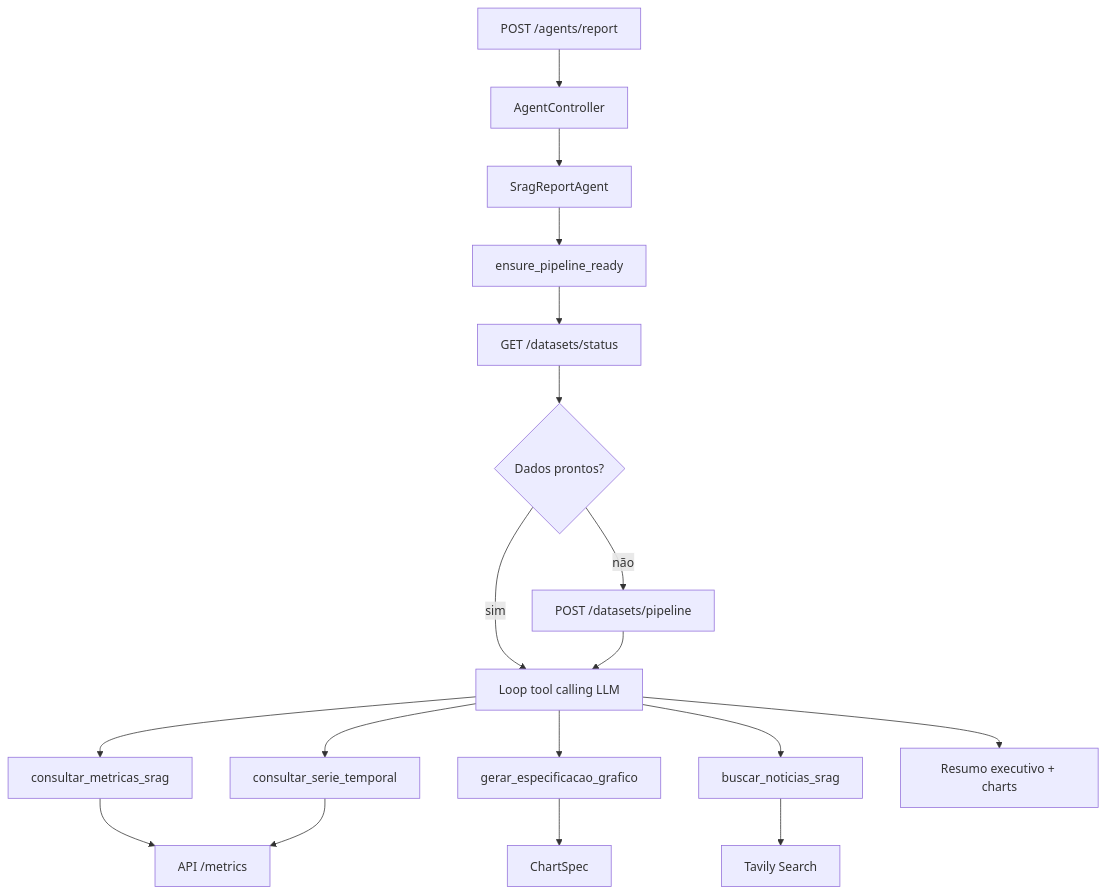
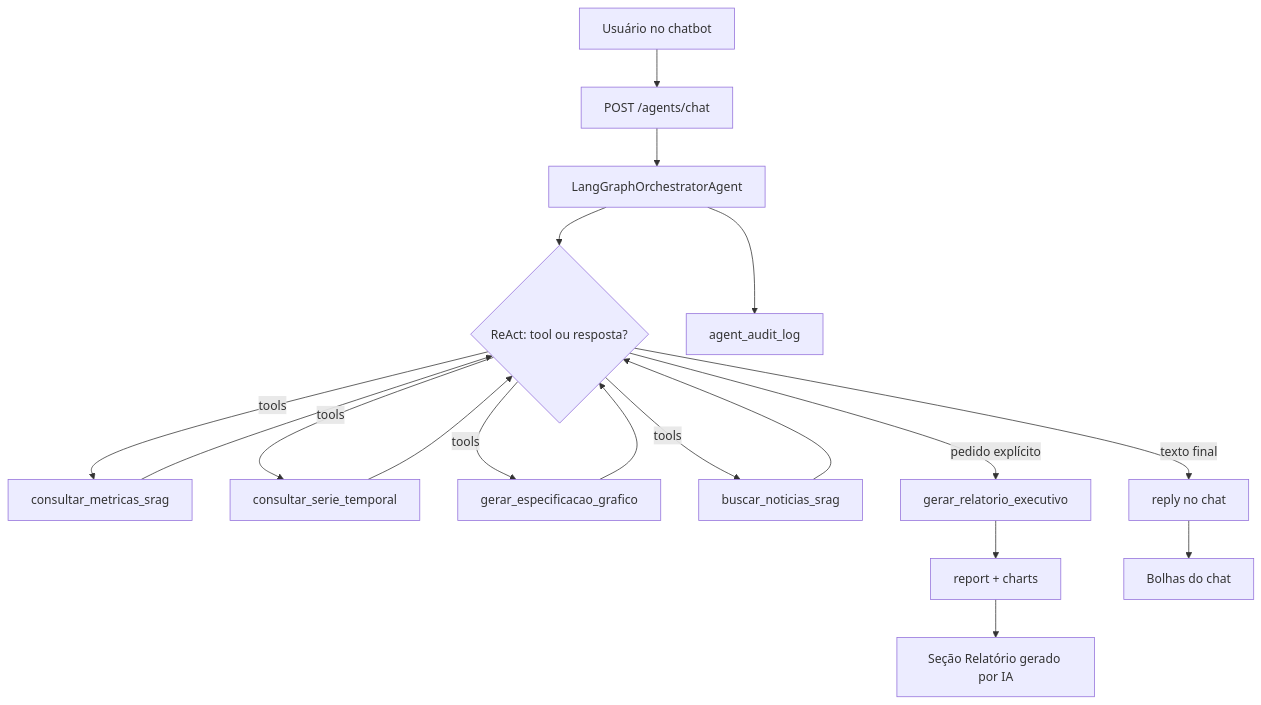
The diagram in docs/agente_orquestrador.md (johnwsl/srag-data-health-agent-monitor), drawn with Mermaid before and after one commit. The commit also changed other lines of this file and 6 other files, not shown here.

````diff
--- a/docs/agente_orquestrador.md
+++ b/docs/agente_orquestrador.md
@@ -67,20 +60,20 @@
 ```mermaid
 flowchart TD
-    A[POST /agents/report] --> B[AgentController]
-    B --> C[SragReportAgent]
-    C --> D[ensure_pipeline_ready]
-    D --> E[GET /datasets/status]
-    E --> F{Dados prontos?}
-    F -- não --> G[POST /datasets/pipeline]
-    F -- sim --> H[Loop tool calling LLM]
-    G --> H
-    H --> I[consultar_metricas_srag]
-    H --> J[consultar_serie_temporal]
-    H --> K[gerar_especificacao_grafico]
-    H --> L[buscar_noticias_srag]
-    I --> M[API /metrics]
-    J --> M
-    K --> N[ChartSpec]
-    L --> O[Tavily Search]
-    H --> P[Resumo executivo + charts]
+    U[Usuário no chatbot] --> API[POST /agents/chat]
+    API --> O[LangGraphOrchestratorAgent]
+    O --> LG{ReAct: tool ou resposta?}
+    LG -->|tools| T1[consultar_metricas_srag]
+    LG -->|tools| T2[consultar_serie_temporal]
+    LG -->|tools| T3[gerar_especificacao_grafico]
+    LG -->|tools| T4[buscar_noticias_srag]
+    LG -->|pedido explícito| T5[gerar_relatorio_executivo]
+    T1 --> LG
+    T2 --> LG
+    T3 --> LG
+    T4 --> LG
+    T5 --> R[report + charts]
+    LG -->|texto final| C[reply no chat]
+    O --> A[agent_audit_log]
+    R --> UI[Seção Relatório gerado por IA]
+    C --> UI2[Bolhas do chat]
 ```
````
